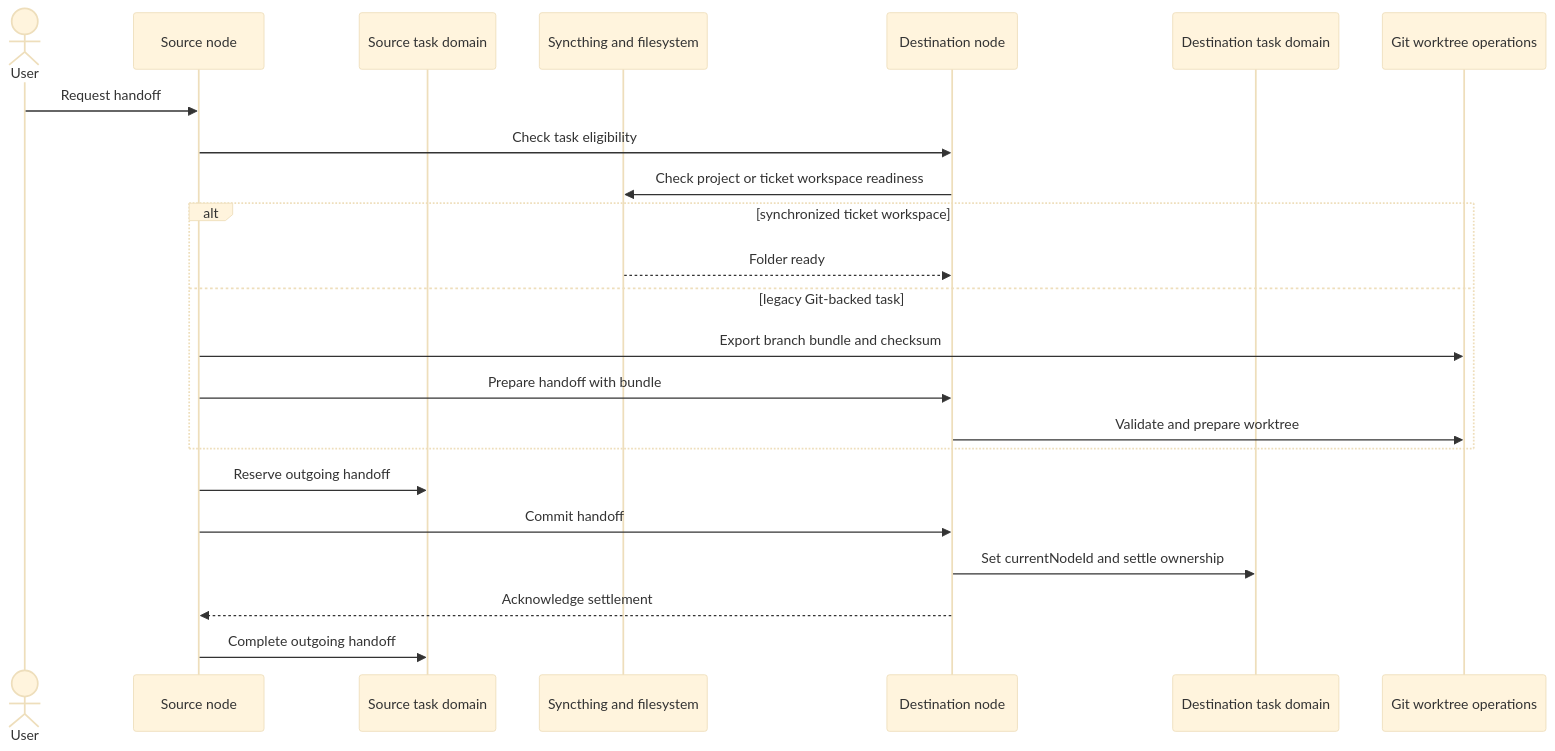
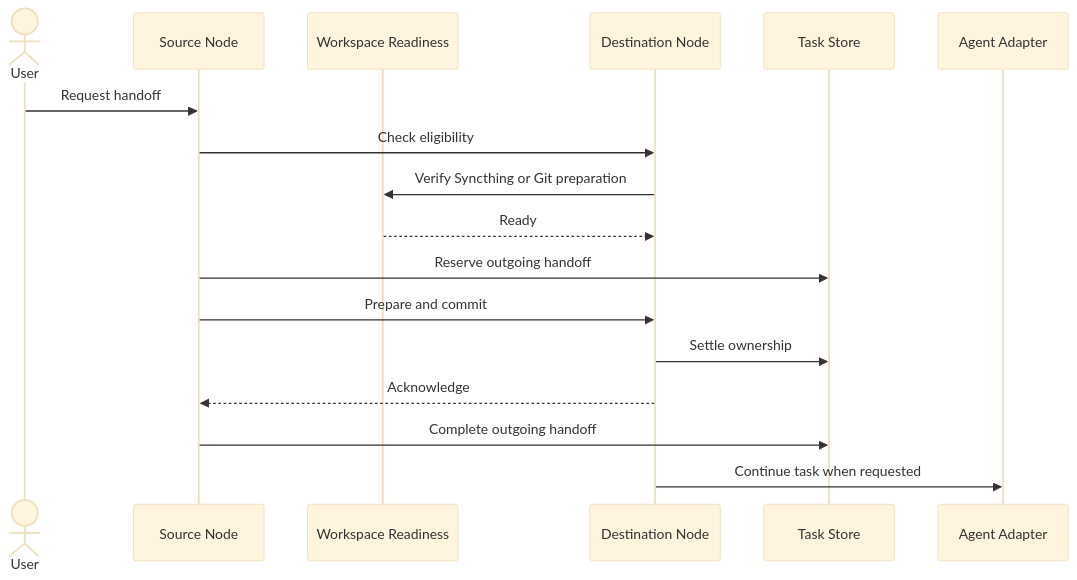
One commit to iliagerman/joint-bob changed the fifth of 5 diagrams in aidlc/spaces/default/codekb/pi-mobile-web/architecture.md. Above: the diagram before and after it, drawn with Mermaid (base theme). The commit also changed other lines of this file and 68 other files, not shown here.

````diff
--- a/aidlc/spaces/default/codekb/pi-mobile-web/architecture.md
+++ b/aidlc/spaces/default/codekb/pi-mobile-web/architecture.md
@@ -106,26 +134,20 @@
 ```mermaid
 sequenceDiagram
     actor User
-    participant Source as Source node
-    participant SourceTasks as Source task domain
-    participant Sync as Syncthing and filesystem
-    participant Destination as Destination node
-    participant DestTasks as Destination task domain
-    participant Git as Git worktree operations
+    participant Source as Source Node
+    participant Sync as Workspace Readiness
+    participant Destination as Destination Node
+    participant Tasks as Task Store
+    participant Agent as Agent Adapter
 
     User->>Source: Request handoff
-    Source->>Destination: Check task eligibility
-    Destination->>Sync: Check project or ticket workspace readiness
-    alt synchronized ticket workspace
-        Sync-->>Destination: Folder ready
-    else legacy Git-backed task
-        Source->>Git: Export branch bundle and checksum
-        Source->>Destination: Prepare handoff with bundle
-        Destination->>Git: Validate and prepare worktree
-    end
-    Source->>SourceTasks: Reserve outgoing handoff
-    Source->>Destination: Commit handoff
-    Destination->>DestTasks: Set currentNodeId and settle ownership
-    Destination-->>Source: Acknowledge settlement
-    Source->>SourceTasks: Complete outgoing handoff
+    Source->>Destination: Check eligibility
+    Destination->>Sync: Verify Syncthing or Git preparation
+    Sync-->>Destination: Ready
+    Source->>Tasks: Reserve outgoing handoff
+    Source->>Destination: Prepare and commit
+    Destination->>Tasks: Settle ownership
+    Destination-->>Source: Acknowledge
+    Source->>Tasks: Complete outgoing handoff
+    Destination->>Agent: Continue task when requested
 ```
````
